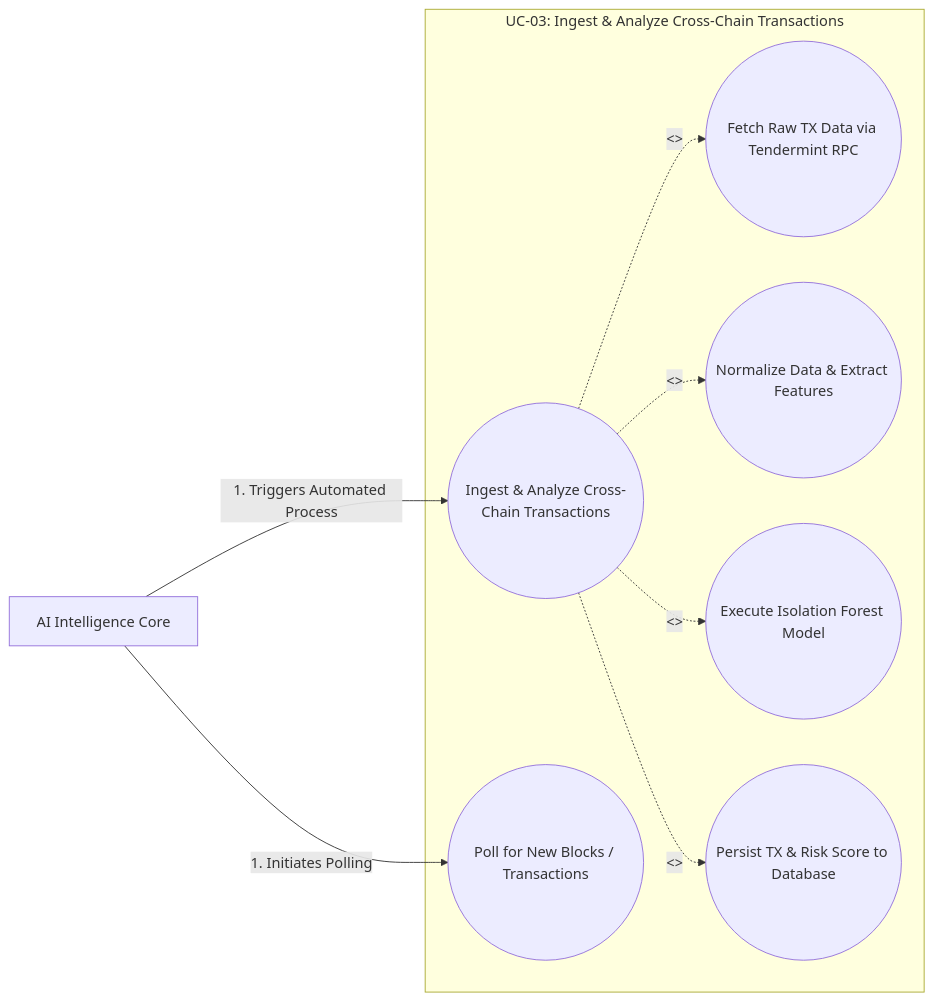
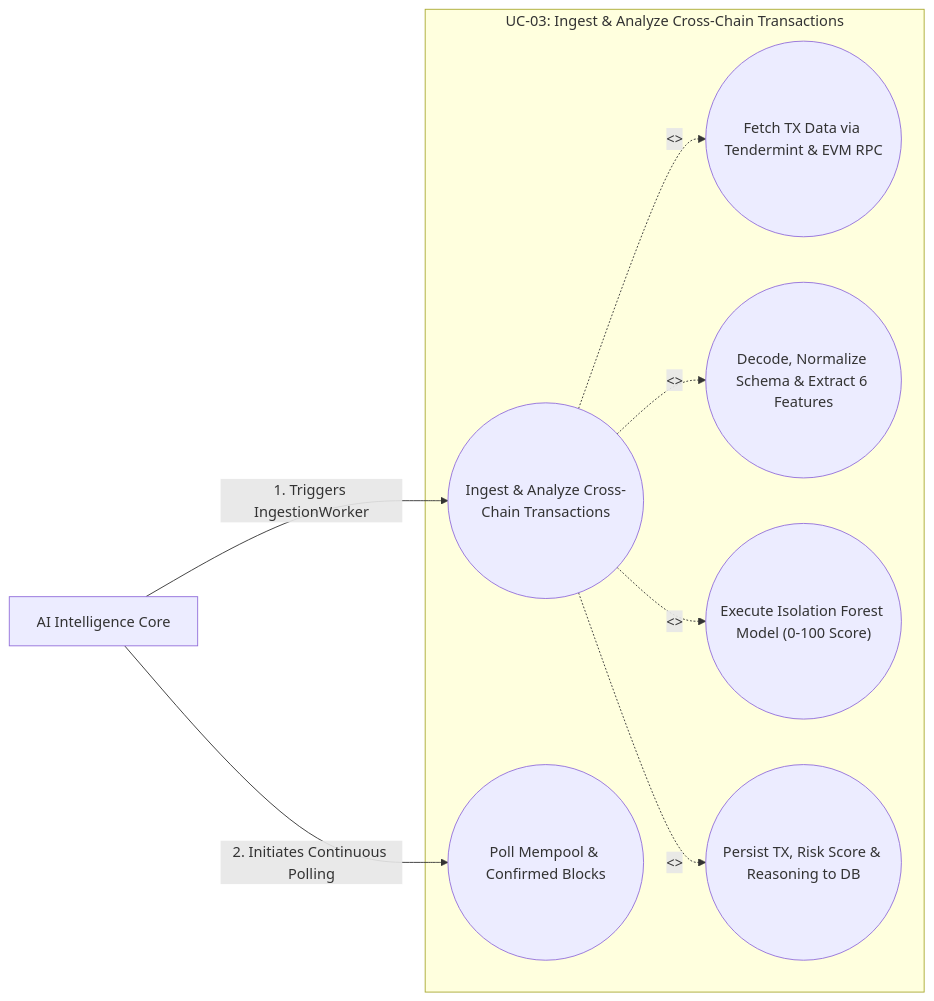
One commit to sheikhrehanseo/ValiGuard-Project-Main changed the third of 23 diagrams in ValiGuard_Docs/ValiGuard_AI_Phase_1_Documentation.md. Above: the diagram before and after it, drawn with Mermaid. The commit also changed other lines of this file and 16 other files, not shown here.

Commit message:
feat: integrate EVM block telemetry, enhance demo mode mock data, and clean up legacy frontend

````diff
--- a/ValiGuard_Docs/ValiGuard_AI_Phase_1_Documentation.md
+++ b/ValiGuard_Docs/ValiGuard_AI_Phase_1_Documentation.md
@@ -367,28 +367,28 @@
 ```mermaid
 flowchart LR
 
 %% Actor
 AICore[AI Intelligence Core]
 
 %% System Boundary
 subgraph UC03["UC-03: Ingest & Analyze Cross-Chain Transactions"]
 
     UC03_Main(("Ingest & Analyze Cross-Chain Transactions"))
-    UC03_Step1(("Poll for New Blocks / Transactions"))
-    UC03_Step2(("Fetch Raw TX Data via Tendermint RPC"))
-    UC03_Step3(("Normalize Data & Extract Features"))
-    UC03_Step4(("Execute Isolation Forest Model"))
-    UC03_Step5(("Persist TX & Risk Score to Database"))
+    UC03_Step1(("Poll Mempool & Confirmed Blocks"))
+    UC03_Step2(("Fetch TX Data via Tendermint & EVM RPC"))
+    UC03_Step3(("Decode, Normalize Schema & Extract 6 Features"))
+    UC03_Step4(("Execute Isolation Forest Model (0-100 Score)"))
+    UC03_Step5(("Persist TX, Risk Score & Reasoning to DB"))
 
 end
 
 %% Actor Connections
-AICore -->|"1. Triggers Automated Process"| UC03_Main
-AICore -->|"1. Initiates Polling"| UC03_Step1
+AICore -->|"1. Triggers IngestionWorker"| UC03_Main
+AICore -->|"2. Initiates Continuous Polling"| UC03_Step1
 
 %% Include Relationships
 UC03_Main -. "<<include>>" .-> UC03_Step2
 UC03_Main -. "<<include>>" .-> UC03_Step3
 UC03_Main -. "<<include>>" .-> UC03_Step4
 UC03_Main -. "<<include>>" .-> UC03_Step5
 ```
````
